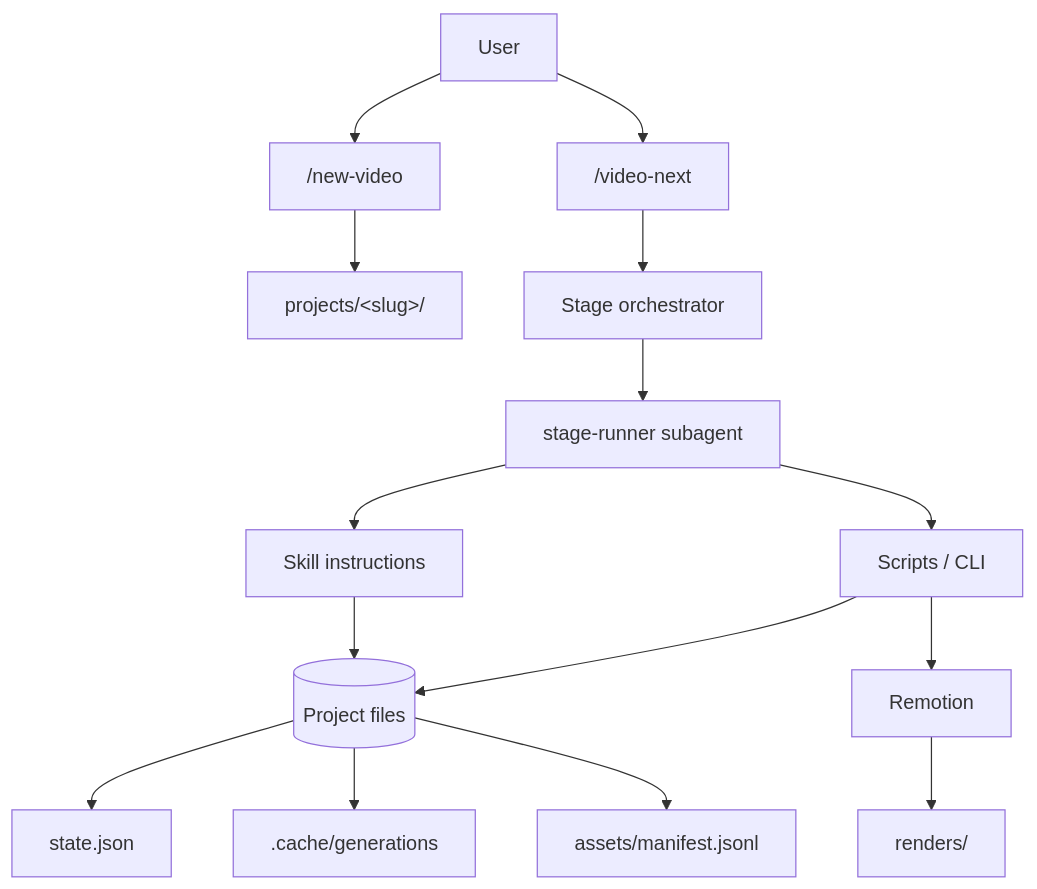
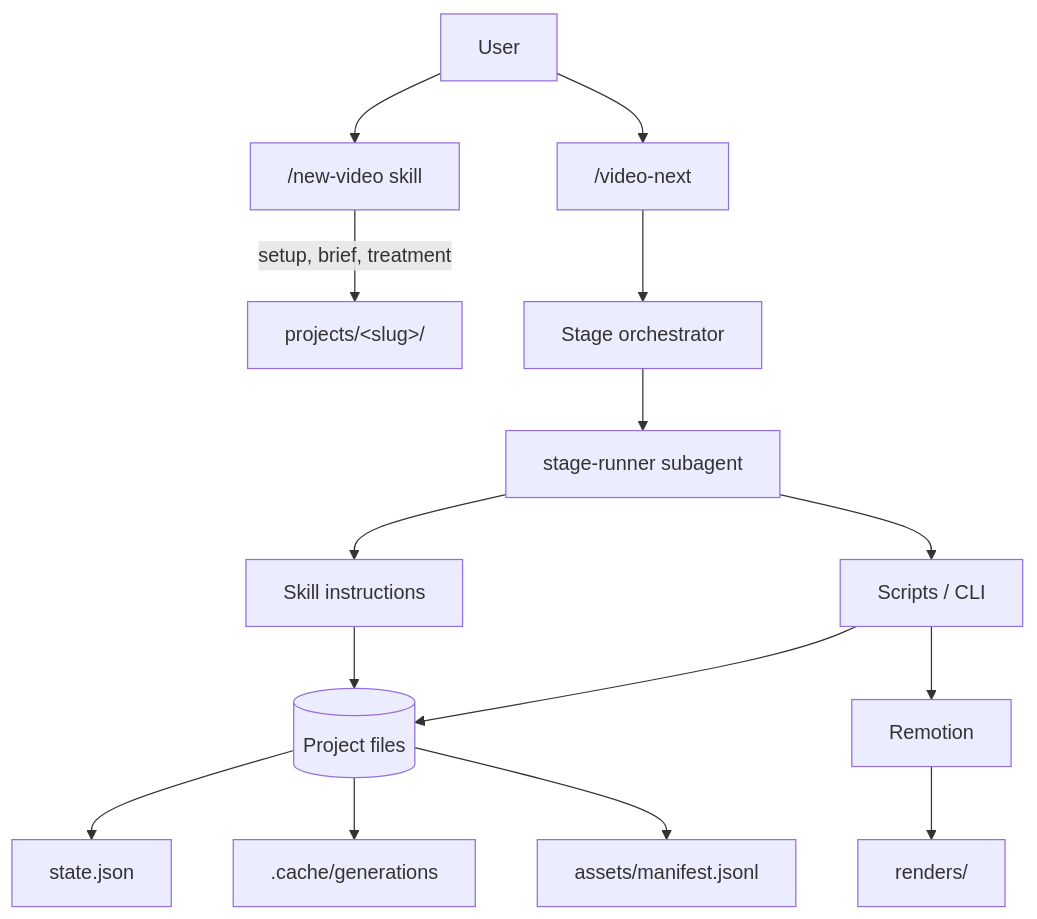
Before and after one commit to hemi1986/coreslopper: the diagram in docs/architecture.md, drawn with Mermaid. The commit also changed other lines of this file and 48 other files, not shown here.

First line of the commit message:
feat!: start every project from an existing song with a guided new-video skill

````diff
--- a/docs/architecture.md
+++ b/docs/architecture.md
@@ -7,17 +7,17 @@
 ```mermaid
 flowchart TD
-    U[User] --> NV["/new-video"]
-    NV --> P["projects/&lt;slug&gt;/"]
+    U[User] --> NV["/new-video skill"]
+    NV -->|setup, brief, treatment| P["projects/&lt;slug&gt;/"]
     U --> VN["/video-next"]
     VN --> O[Stage orchestrator]
     O --> R[stage-runner subagent]
     R --> SK[Skill instructions]
     R --> SC[Scripts / CLI]
     SC --> F[(Project files)]
     SK --> F
     F --> ST[state.json]
     F --> CACHE[.cache/generations]
     F --> MAN[assets/manifest.jsonl]
     SC --> REM[Remotion]
     REM --> OUT[renders/]
 ```
````
